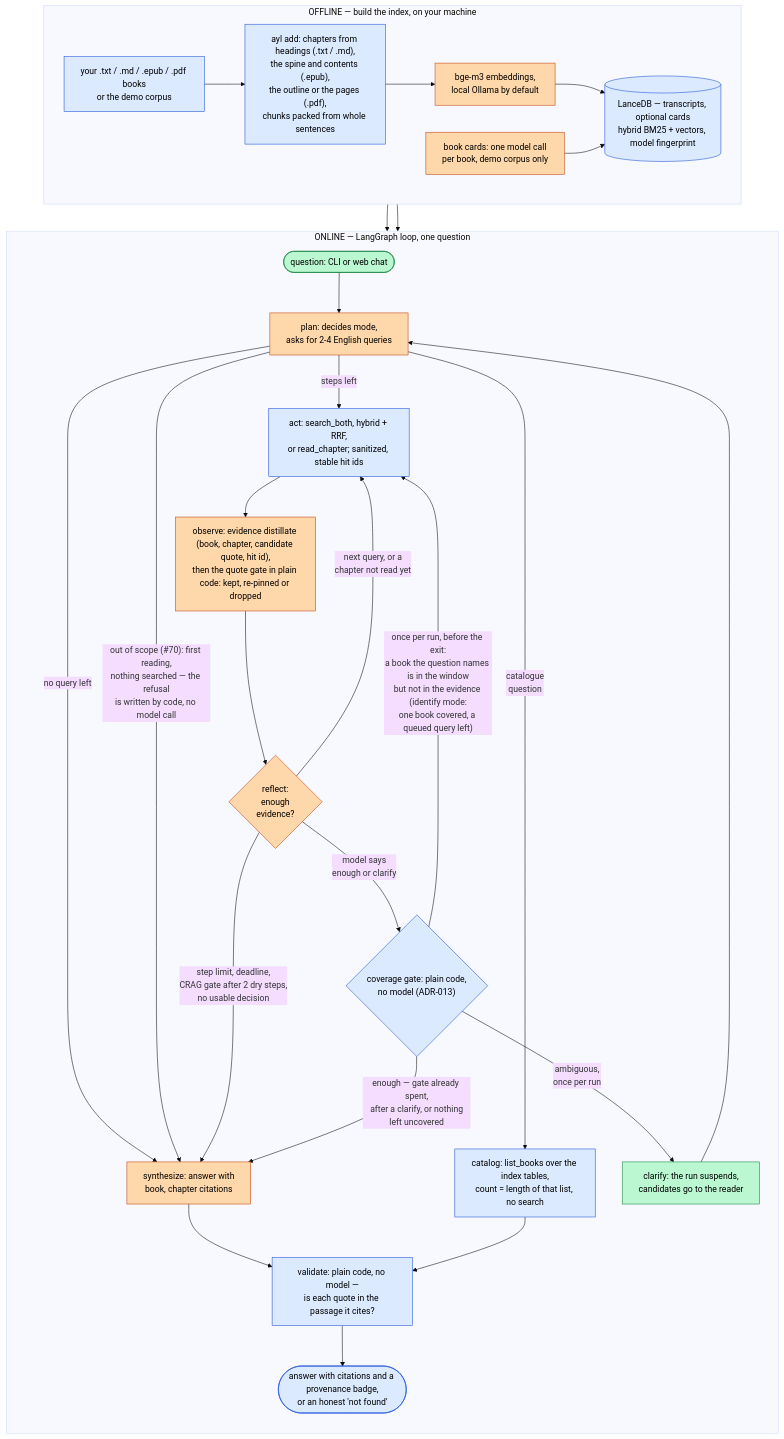
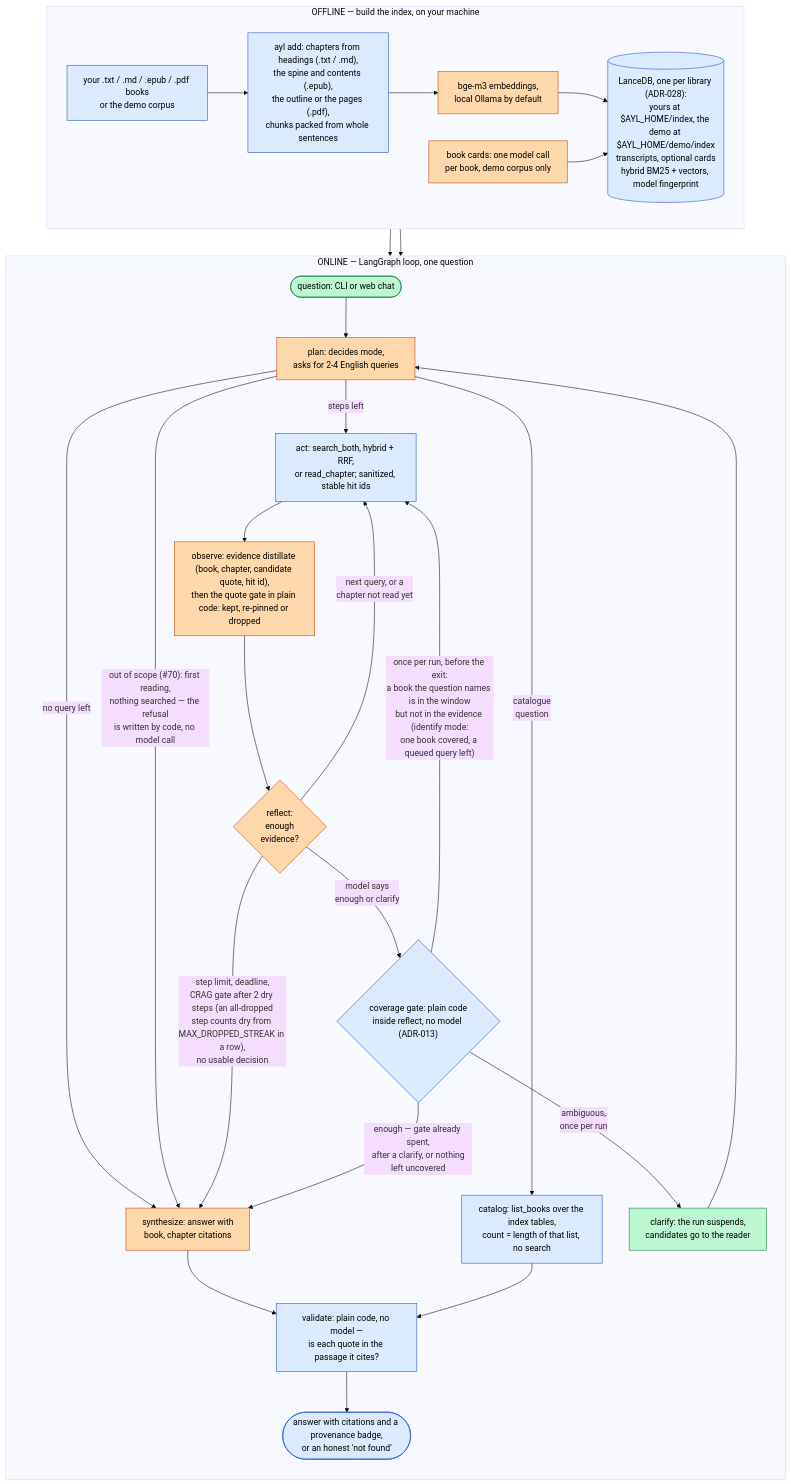
The first of 2 diagrams in docs/architecture.md (ievgen-borysenko/ask-your-library), drawn with Mermaid (base theme) before and after one commit. The commit also changed other lines of this file and 13 other files, not shown here.

````diff
--- a/docs/architecture.md
+++ b/docs/architecture.md
@@ -11,37 +11,37 @@
 ```mermaid
 flowchart TB
     subgraph offline["OFFLINE — build the index, on your machine"]
         direction LR
         BK["your .txt / .md / .epub / .pdf books<br/>or the demo corpus"]:::code
         CRD["book cards: one model call<br/>per book, demo corpus only"]:::ai
         BK --> CHK["ayl add: chapters from headings (.txt / .md),<br/>the spine and contents (.epub),<br/>the outline or the pages (.pdf),<br/>chunks packed from whole sentences"]:::code
         CHK --> EMB["bge-m3 embeddings,<br/>local Ollama by default"]:::ai
-        EMB --> DB[("LanceDB — transcripts, optional cards<br/>hybrid BM25 + vectors, model fingerprint")]:::code
+        EMB --> DB[("LanceDB, one per library (ADR-028):<br/>yours at $AYL_HOME/index, the demo at $AYL_HOME/demo/index<br/>transcripts, optional cards<br/>hybrid BM25 + vectors, model fingerprint")]:::code
         CRD --> DB
     end
     subgraph online["ONLINE — LangGraph loop, one question"]
         direction TB
         Q(["question: CLI or web chat"]):::human --> PLAN["plan: decides mode,<br/>asks for 2-4 English queries"]:::ai
         PLAN -->|"catalogue<br/>question"| CAT["catalog: list_books over the index tables,<br/>count = length of that list, no search"]:::code
         PLAN -->|"steps left"| ACT["act: search_both, hybrid + RRF,<br/>or read_chapter; sanitized, stable hit ids"]:::code
         PLAN -->|"no query left"| SYN
         PLAN -->|"out of scope (#70): first reading,<br/>nothing searched — the refusal<br/>is written by code, no model call"| SYN
         ACT --> OBS["observe: evidence distillate (book, chapter, candidate quote, hit id),<br/>then the quote gate in plain code: kept, re-pinned or dropped"]:::ai
         OBS --> REF{"reflect:<br/>enough<br/>evidence?"}:::ai
         REF -->|"next query, or a<br/>chapter not read yet"| ACT
-        REF -->|"step limit, deadline,<br/>CRAG gate after 2 dry steps,<br/>no usable decision"| SYN["synthesize: answer with<br/>book, chapter citations"]:::ai
-        REF -->|"model says<br/>enough or clarify"| COV{"coverage gate: plain code,<br/>no model (ADR-013)"}:::code
+        REF -->|"step limit, deadline,<br/>CRAG gate after 2 dry steps (an all-dropped<br/>step counts dry from MAX_DROPPED_STREAK in a row),<br/>no usable decision"| SYN["synthesize: answer with<br/>book, chapter citations"]:::ai
+        REF -->|"model says<br/>enough or clarify"| COV{"coverage gate: plain code<br/>inside reflect, no model (ADR-013)"}:::code
         COV -->|"once per run, before the exit:<br/>a book the question names is in the window<br/>but not in the evidence (identify mode:<br/>one book covered, a queued query left)"| ACT
         COV -->|"ambiguous,<br/>once per run"| CLR["clarify: the run suspends,<br/>candidates go to the reader"]:::human
         CLR --> PLAN
         COV -->|"enough — gate already spent,<br/>after a clarify, or nothing<br/>left uncovered"| SYN
         SYN --> VAL["validate: plain code, no model —<br/>is each quote in the passage it cites?"]:::code
         CAT --> VAL
         VAL --> OUT(["answer with citations and a provenance badge,<br/>or an honest 'not found'"]):::code
     end
     DB --> ACT
     DB --> CAT
     classDef code fill:#dbeafe,stroke:#1d4ed8,color:#000
     classDef ai fill:#fed7aa,stroke:#c2410c,color:#000
     classDef human fill:#bbf7d0,stroke:#15803d,color:#000
 ```
````
